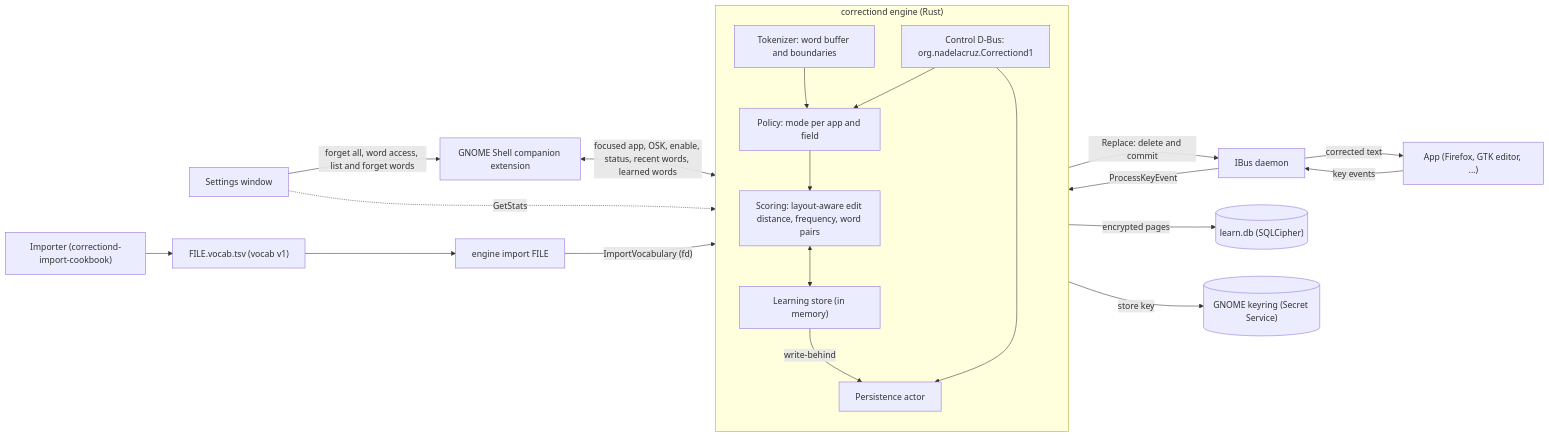
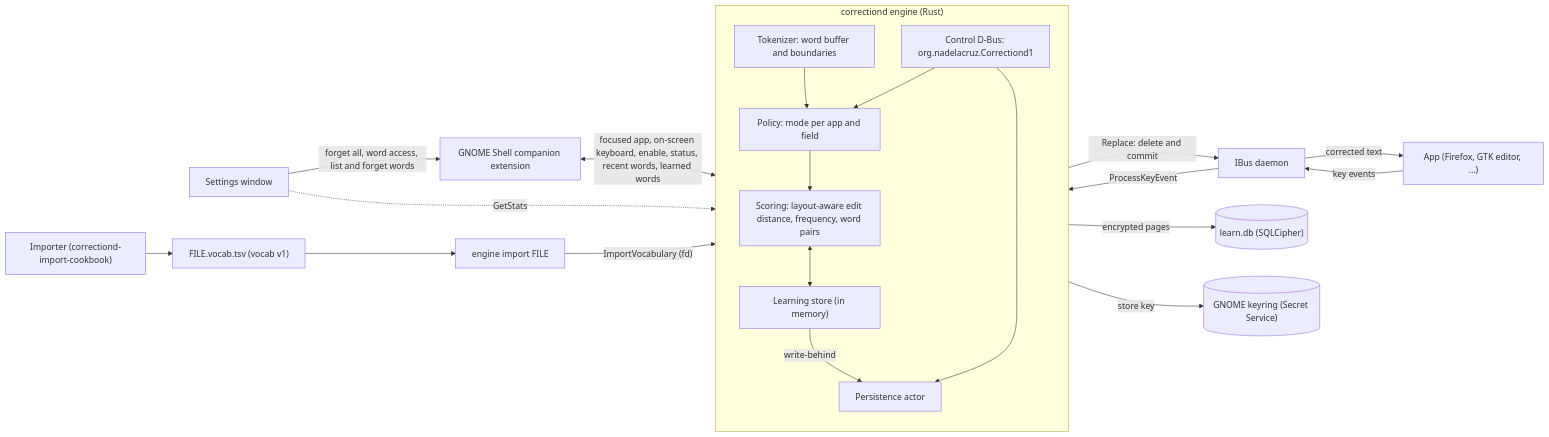
One commit to nadelacruz-00/correctiond changed the diagram in README.md. Above: the diagram before and after it, drawn with Mermaid. The commit also changed other lines of this file, not shown here.

````diff
--- a/README.md
+++ b/README.md
@@ -53,38 +53,38 @@
 ```mermaid
 flowchart LR
     app["App (Firefox, GTK editor, ...)"]
     ibusd["IBus daemon"]
     subgraph eng["correctiond engine (Rust)"]
         direction TB
         tok["Tokenizer: word buffer and boundaries"]
         pol["Policy: mode per app and field"]
         sco["Scoring: layout-aware edit distance, frequency, word pairs"]
         store["Learning store (in memory)"]
         persist["Persistence actor"]
         ctl["Control D-Bus: org.nadelacruz.Correctiond1"]
     end
     db[("learn.db (SQLCipher)")]
     keyring[("GNOME keyring (Secret Service)")]
     shell["GNOME Shell companion extension"]
     prefs["Settings window"]
     imp["Importer (correctiond-import-cookbook)"]
     vocab["FILE.vocab.tsv (vocab v1)"]
     cli["engine import FILE"]
 
     app -->|key events| ibusd
     ibusd -->|ProcessKeyEvent| tok
     tok --> pol --> sco
     sco <--> store
     sco -->|"Replace: delete and commit"| ibusd
     ibusd -->|corrected text| app
     store -->|write-behind| persist
     persist -->|encrypted pages| db
     persist -->|store key| keyring
-    shell <-->|"focused app, OSK, enable, status, recent words, learned words"| ctl
+    shell <-->|"focused app, on-screen keyboard, enable, status, recent words, learned words"| ctl
     ctl --> pol
     prefs -->|"forget all, word access, list and forget words"| shell
     prefs -.->|GetStats| ctl
     imp --> vocab --> cli
     cli -->|"ImportVocabulary (fd)"| ctl
     ctl --> persist
 ```
````
